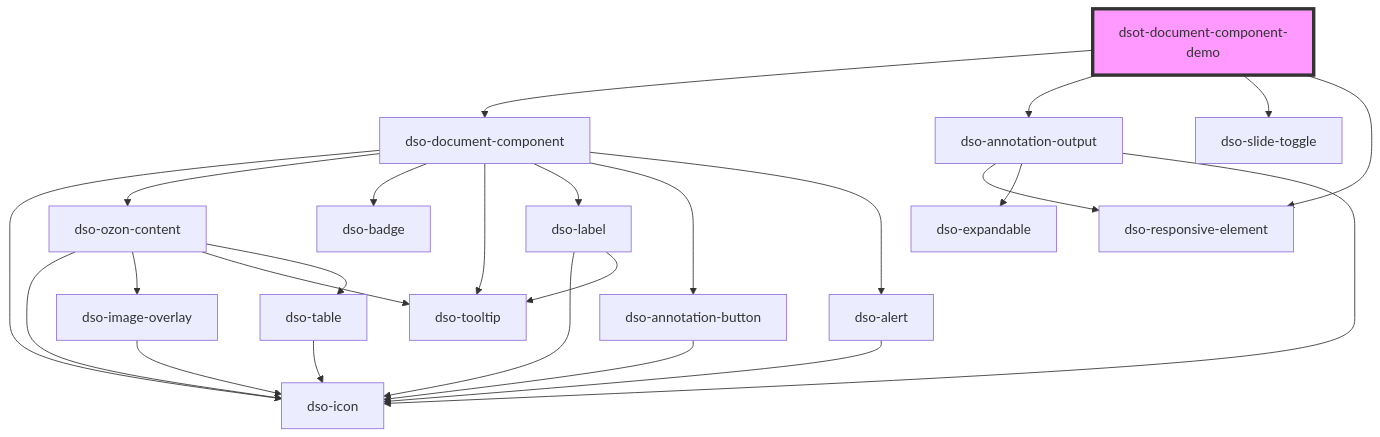
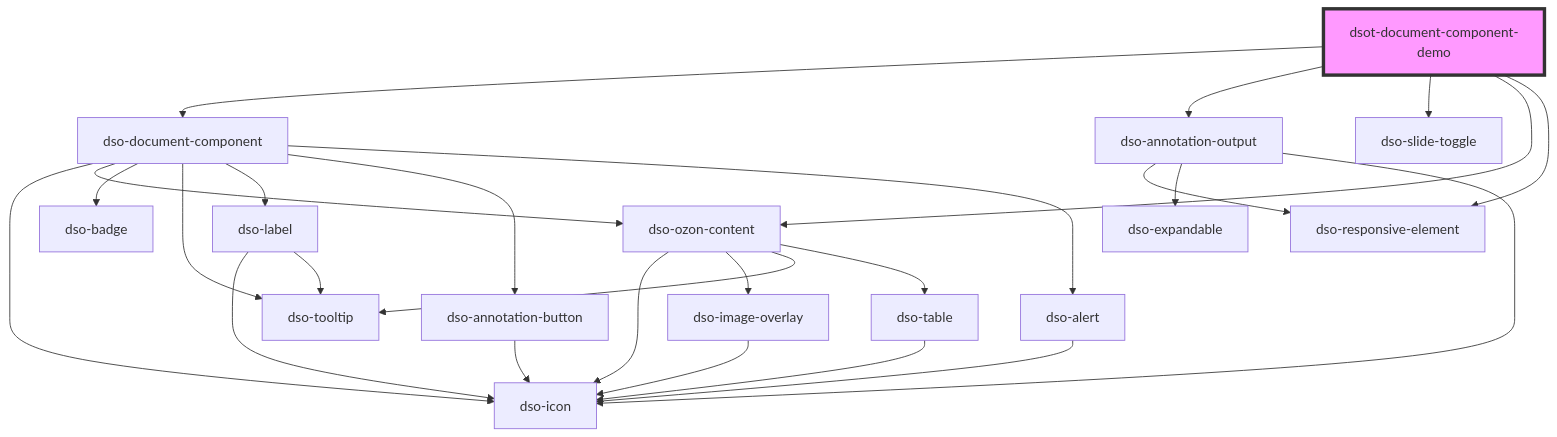
The diagram in packages/core/src/components/document-component-demo/readme.md (dso-toolkit/dso-toolkit), drawn with Mermaid before and after one commit. The commit also changed other lines of this file and 10 other files, not shown here.

````diff
--- a/packages/core/src/components/document-component-demo/readme.md
+++ b/packages/core/src/components/document-component-demo/readme.md
@@ -34,28 +35,29 @@
 ```mermaid
 graph TD;
   dsot-document-component-demo --> dso-document-component
   dsot-document-component-demo --> dso-annotation-output
   dsot-document-component-demo --> dso-slide-toggle
+  dsot-document-component-demo --> dso-ozon-content
   dsot-document-component-demo --> dso-responsive-element
   dso-document-component --> dso-icon
   dso-document-component --> dso-ozon-content
   dso-document-component --> dso-badge
   dso-document-component --> dso-tooltip
   dso-document-component --> dso-label
   dso-document-component --> dso-annotation-button
   dso-document-component --> dso-alert
   dso-ozon-content --> dso-icon
   dso-ozon-content --> dso-image-overlay
   dso-ozon-content --> dso-tooltip
   dso-ozon-content --> dso-table
   dso-image-overlay --> dso-icon
   dso-table --> dso-icon
   dso-label --> dso-icon
   dso-label --> dso-tooltip
   dso-annotation-button --> dso-icon
   dso-alert --> dso-icon
   dso-annotation-output --> dso-responsive-element
   dso-annotation-output --> dso-expandable
   dso-annotation-output --> dso-icon
   style dsot-document-component-demo fill:#f9f,stroke:#333,stroke-width:4px
 ```
````
